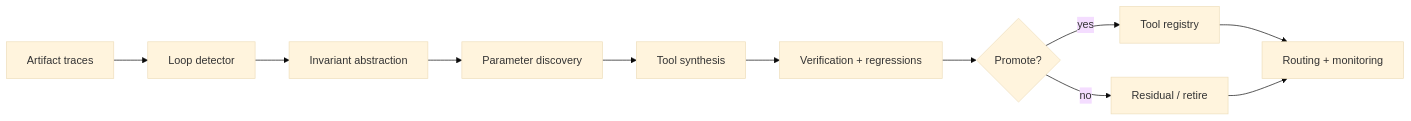
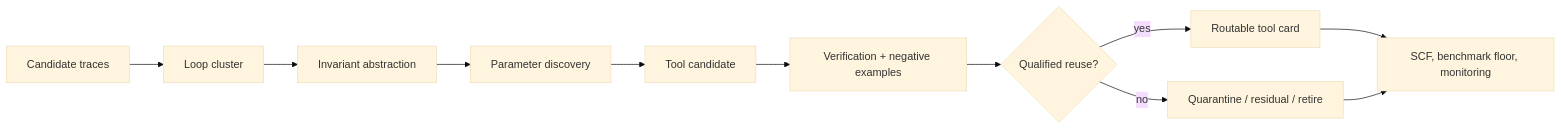
One commit to corbensorenson/asi-stack-book changed the diagram in chapters/procedural-memory-and-cognitive-loop-closure.qmd. Above: the diagram before and after it, drawn with Mermaid (base theme). The commit also changed other lines of this file and 5 other files, not shown here.

````diff
--- a/chapters/procedural-memory-and-cognitive-loop-closure.qmd
+++ b/chapters/procedural-memory-and-cognitive-loop-closure.qmd
@@ -98,13 +98,13 @@
 ```{mermaid}
 flowchart LR
-  A["Artifact traces"] --> B["Loop detector"]
+  A["Candidate traces"] --> B["Loop cluster"]
   B --> C["Invariant abstraction"]
   C --> D["Parameter discovery"]
-  D --> E["Tool synthesis"]
-  E --> F["Verification + regressions"]
-  F --> G{"Promote?"}
-  G -- "yes" --> H["Tool registry"]
-  G -- "no" --> I["Residual / retire"]
-  H --> J["Routing + monitoring"]
+  D --> E["Tool candidate"]
+  E --> F["Verification + negative examples"]
+  F --> G{"Qualified reuse?"}
+  G -- "yes" --> H["Routable tool card"]
+  G -- "no" --> I["Quarantine / residual / retire"]
+  H --> J["SCF, benchmark floor, monitoring"]
   I --> J
 ```
````
